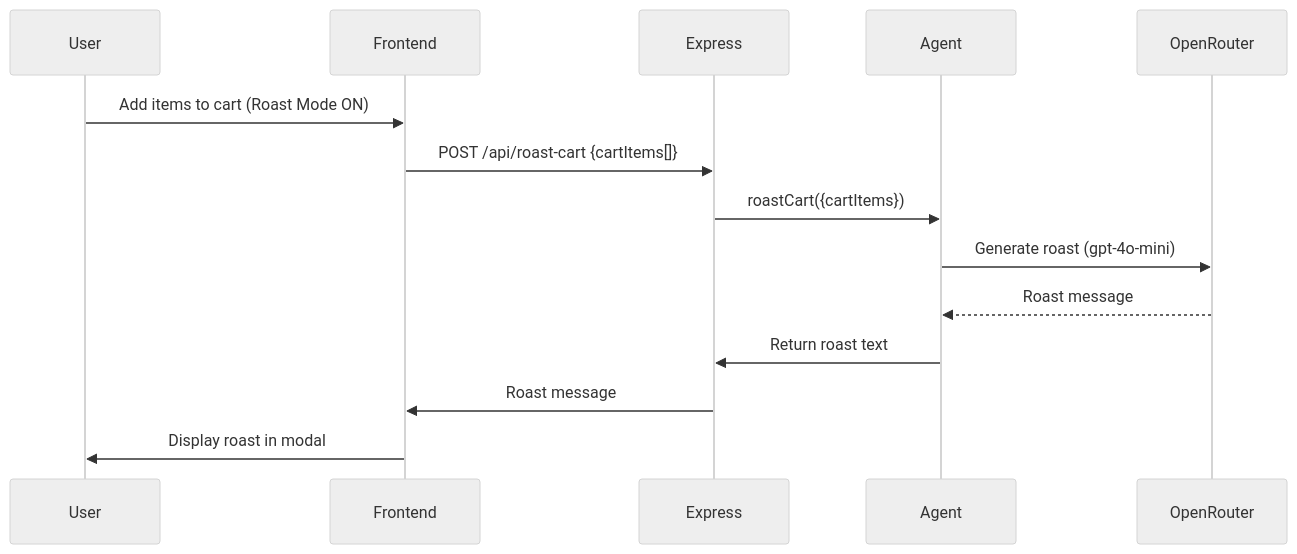
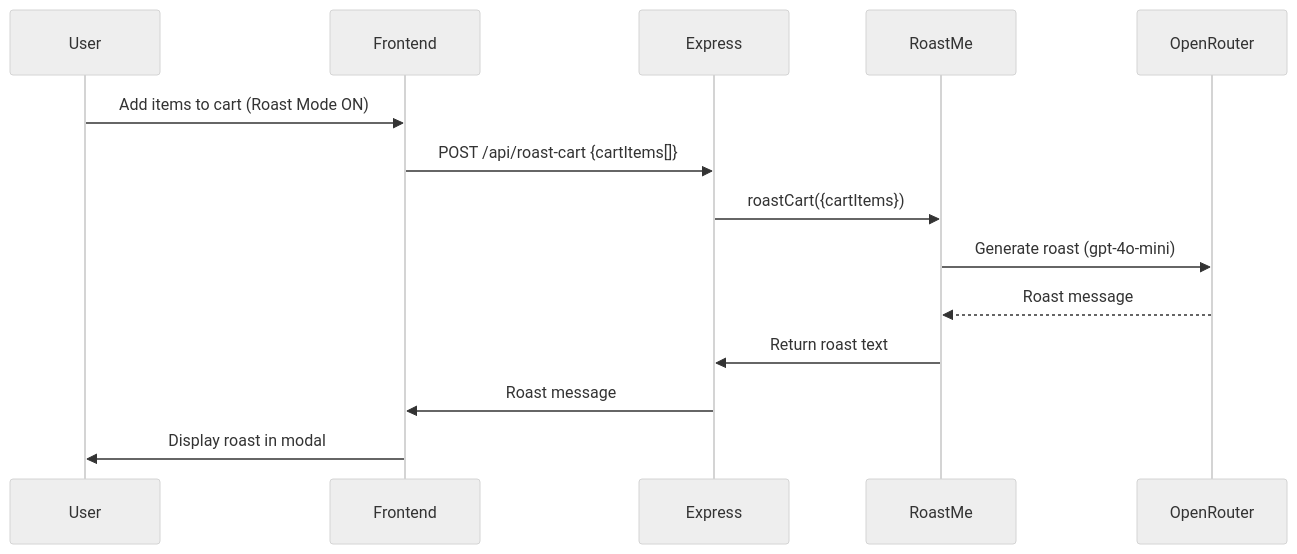
One commit to shrutikapoor08/codetv-openrouter-vibe-to-cart changed the fourth of 11 diagrams in ARCHITECTURE.md. Above: the diagram before and after it, drawn with Mermaid (neutral theme). The commit also changed other lines of this file, not shown here.

First line of the commit message:
docs: split AI Agent Service into Recommendations and Roast Me services in architecture

````diff
--- a/ARCHITECTURE.md
+++ b/ARCHITECTURE.md
@@ -170,17 +176,17 @@
 ```mermaid
 sequenceDiagram
     participant User
     participant Frontend
     participant Express
-    participant Agent
+    participant RoastMe
     participant OpenRouter
 
     User->>Frontend: Add items to cart (Roast Mode ON)
     Frontend->>Express: POST /api/roast-cart {cartItems[]}
-    Express->>Agent: roastCart({cartItems})
-    Agent->>OpenRouter: Generate roast (gpt-4o-mini)
-    OpenRouter-->>Agent: Roast message
-    Agent->>Express: Return roast text
+    Express->>RoastMe: roastCart({cartItems})
+    RoastMe->>OpenRouter: Generate roast (gpt-4o-mini)
+    OpenRouter-->>RoastMe: Roast message
+    RoastMe->>Express: Return roast text
     Express->>Frontend: Roast message
     Frontend->>User: Display roast in modal
 ```
````
